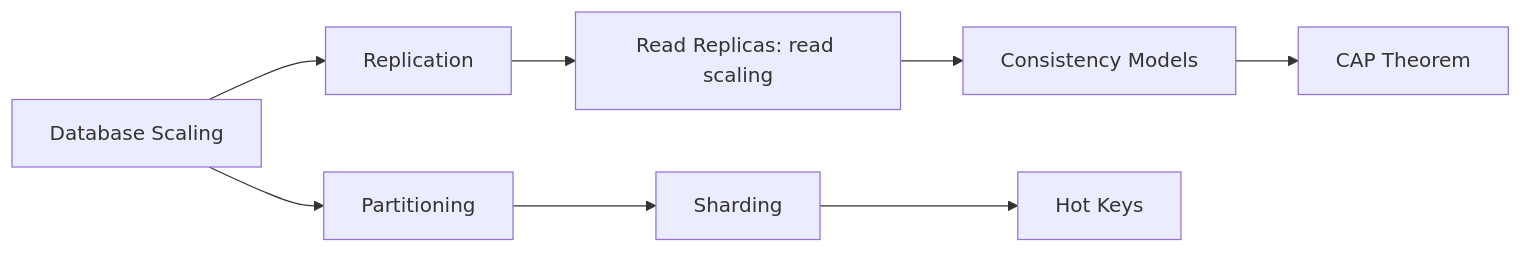
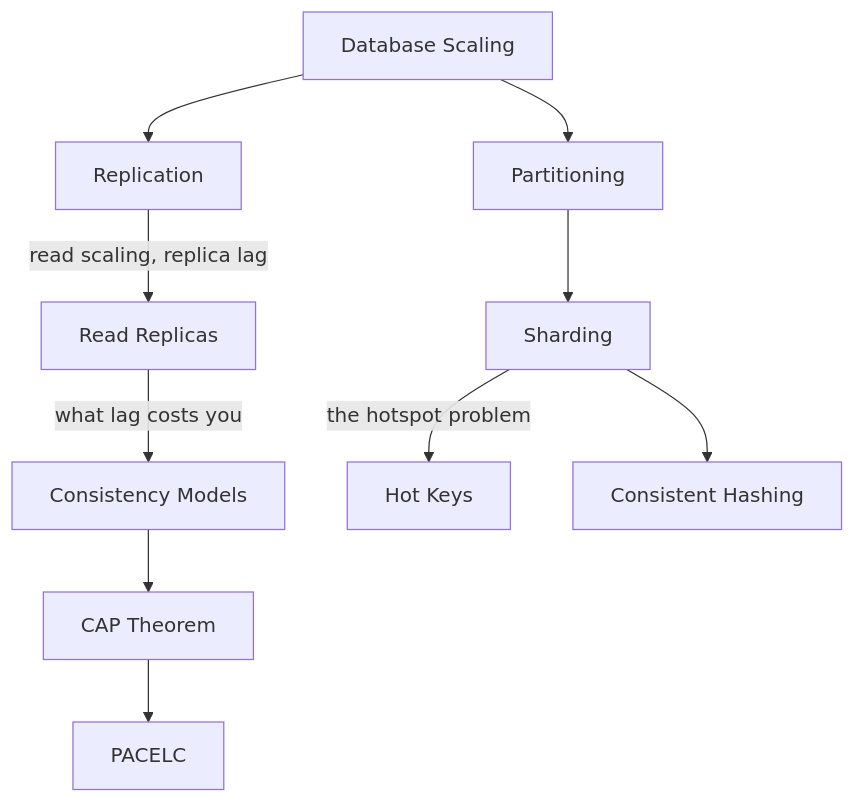
Before and after one commit to kunal-ladh/learn-system-design: the second of 6 diagrams in HLD/01 HLD & System Design/Knowledge Graph.md, drawn with Mermaid. The commit also changed other lines of this file and 195 other files, not shown here.

````diff
--- a/HLD/01 HLD & System Design/Knowledge Graph.md
+++ b/HLD/01 HLD & System Design/Knowledge Graph.md
@@ -36,10 +36,13 @@
 ```mermaid
-flowchart LR
+flowchart TB
     S[Database Scaling] --> R[Replication]
-    R --> RR["Read Replicas: read scaling"]
-    RR --> C[Consistency Models]
+    R -- "read scaling, replica lag" --> RR[Read Replicas]
+    RR -- "what lag costs you" --> C[Consistency Models]
     C --> CAP[CAP Theorem]
+    CAP --> PA[PACELC]
     S --> P[Partitioning]
     P --> SH[Sharding]
-    SH --> H[Hot Keys]
+    SH -- "the hotspot problem" --> H[Hot Keys]
+    SH --> CH[Consistent Hashing]
+    class C,CAP,CH,H,P,PA,R,RR,S,SH internal-link;
 ```
````
